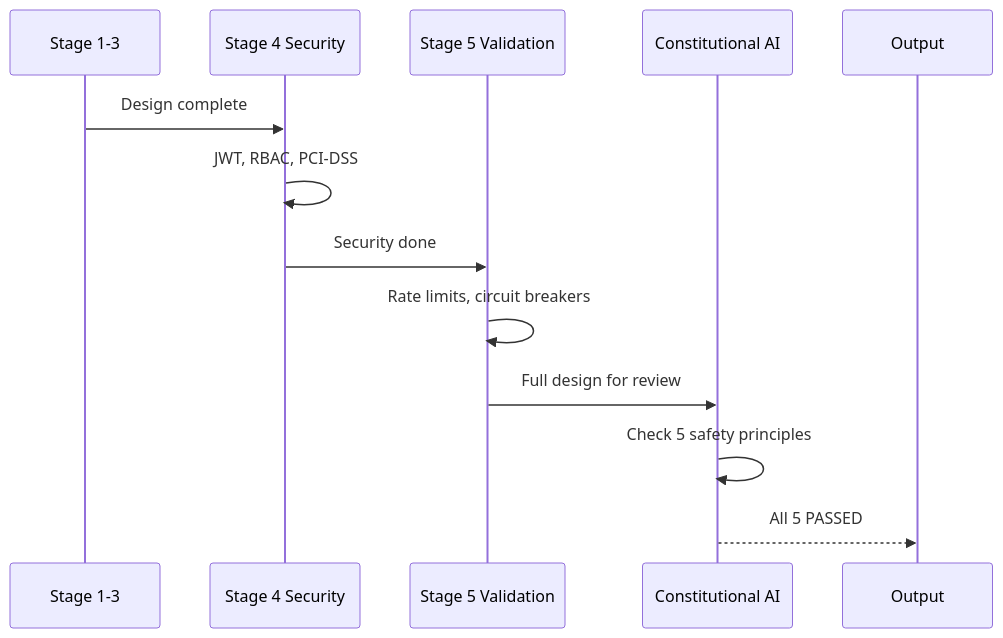
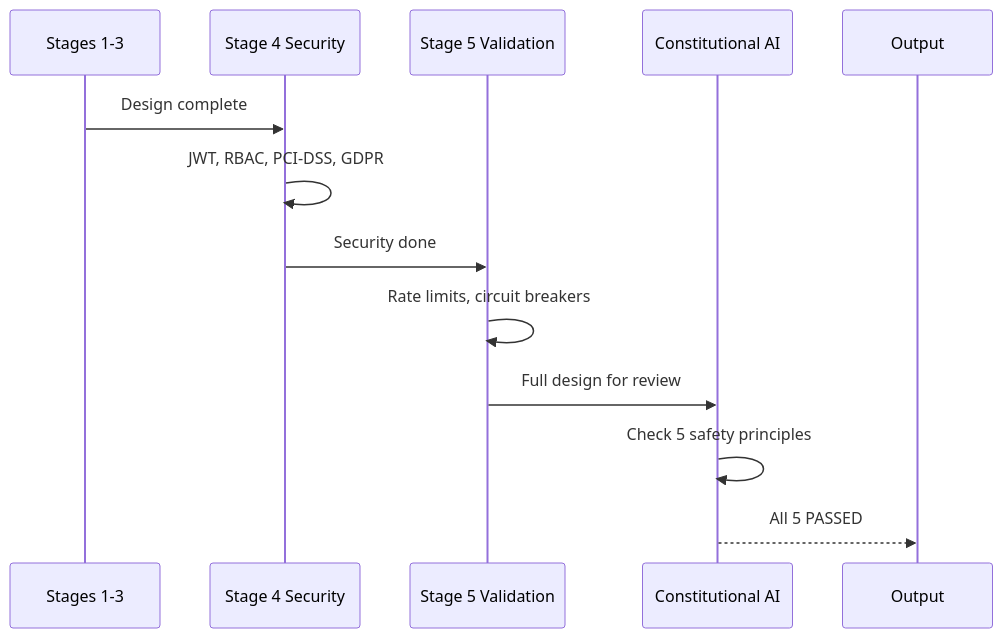
The third of 3 diagrams in SWARM-TEST-003-HARD.md (MohamedNamper333/swarm-agent), drawn with Mermaid before and after one commit. The commit also changed other lines of this file and 16 other files, not shown here.

````diff
--- a/SWARM-TEST-003-HARD.md
+++ b/SWARM-TEST-003-HARD.md
@@ -113,16 +113,16 @@
 ```mermaid
 sequenceDiagram
-    participant S1 as Stage 1-3
+    participant S1 as Stages 1-3
     participant S4 as Stage 4 Security
     participant S5 as Stage 5 Validation
     participant CAI as Constitutional AI
     participant O as Output
     
     S1->>S4: Design complete
-    S4->>S4: JWT, RBAC, PCI-DSS
+    S4->>S4: JWT, RBAC, PCI-DSS, GDPR
     S4->>S5: Security done
     S5->>S5: Rate limits, circuit breakers
     S5->>CAI: Full design for review
     CAI->>CAI: Check 5 safety principles
     CAI-->>O: All 5 PASSED
 ```
````
